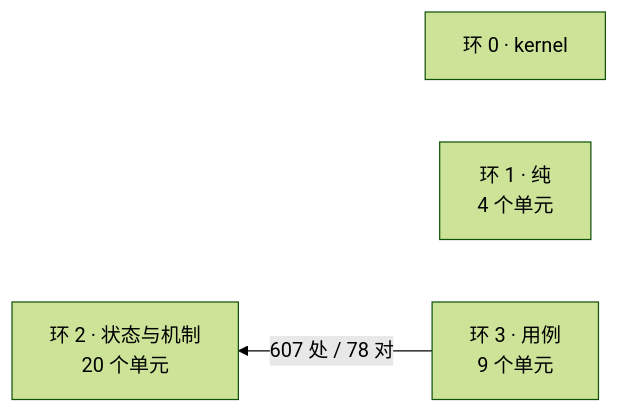
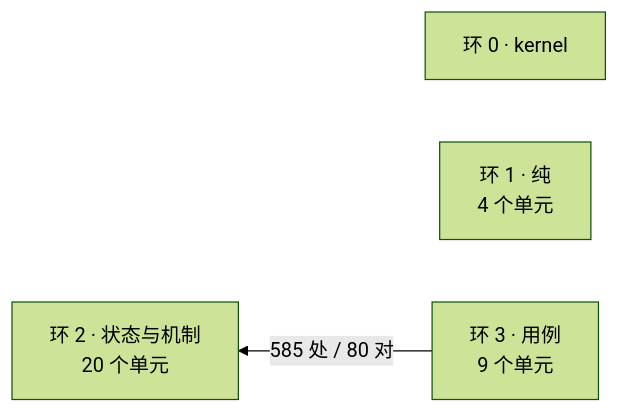
Before and after one commit to theRMM714/Solomni: the diagram in docs/architecture/dependency-map.md, drawn with Mermaid (forest theme). The commit also changed other lines of this file and 46 other files, not shown here.

````diff
--- a/docs/architecture/dependency-map.md
+++ b/docs/architecture/dependency-map.md
@@ -14,8 +14,8 @@
 ```mermaid
 flowchart RL
   R0["环 0 · kernel"]
   R1["环 1 · 纯<br/>4 个单元"]
   R2["环 2 · 状态与机制<br/>20 个单元"]
   R3["环 3 · 用例<br/>9 个单元"]
-  R3 -->|"607 处 / 78 对"| R2
+  R3 -->|"585 处 / 80 对"| R2
 ```
````
